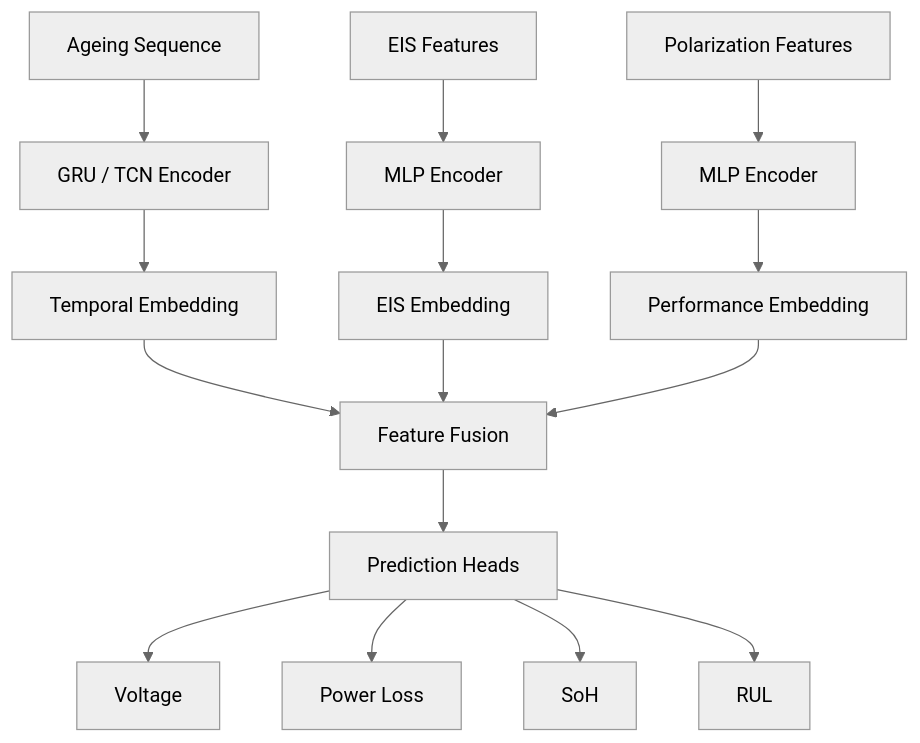
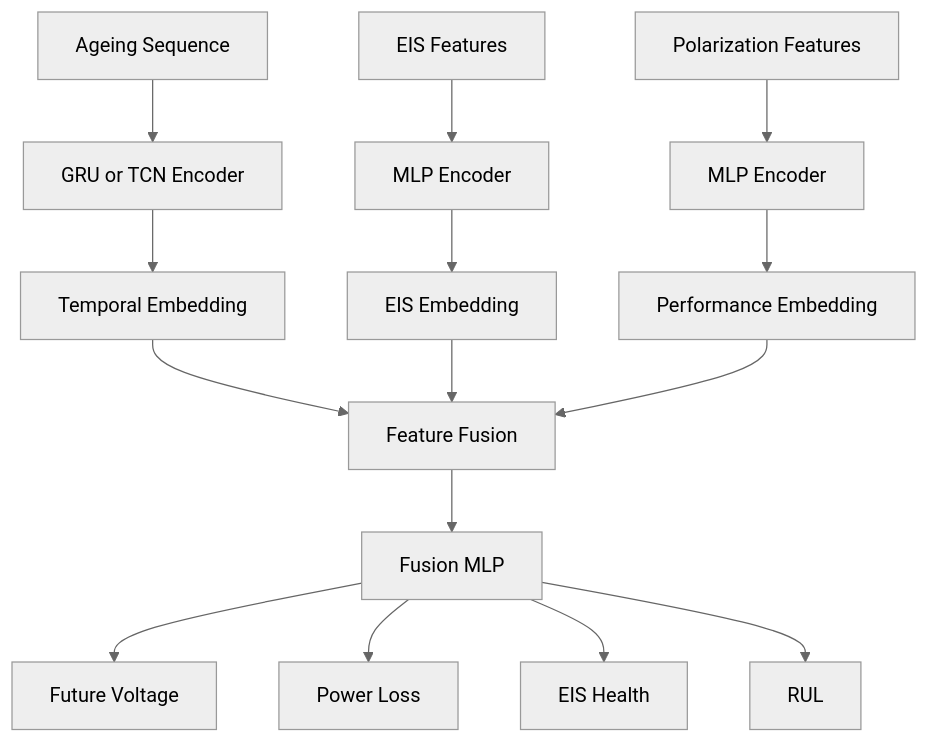
The second of 2 diagrams in README.md (psrajoria/pemfc_prognostics), drawn with Mermaid (neutral theme) before and after one commit. The commit also changed other lines of this file, not shown here.

````diff
--- a/README.md
+++ b/README.md
@@ -350,21 +479,22 @@
 ```mermaid
 flowchart TD
-    A[Ageing Sequence] --> B[GRU / TCN Encoder]
+    A[Ageing Sequence] --> B[GRU or TCN Encoder]
     B --> C[Temporal Embedding]
 
     D[EIS Features] --> E[MLP Encoder]
     E --> F[EIS Embedding]
 
     G[Polarization Features] --> H[MLP Encoder]
     H --> I[Performance Embedding]
 
     C --> J[Feature Fusion]
     F --> J
     I --> J
 
-    J --> K[Prediction Heads]
-    K --> L1[Voltage]
+    J --> K[Fusion MLP]
+
+    K --> L1[Future Voltage]
     K --> L2[Power Loss]
-    K --> L3[SoH]
+    K --> L3[EIS Health]
     K --> L4[RUL]
 ```
````
